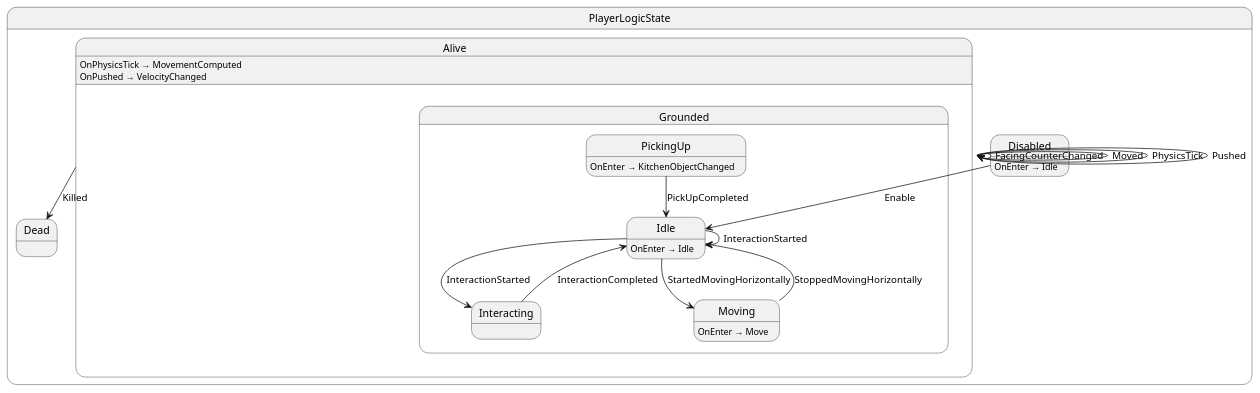
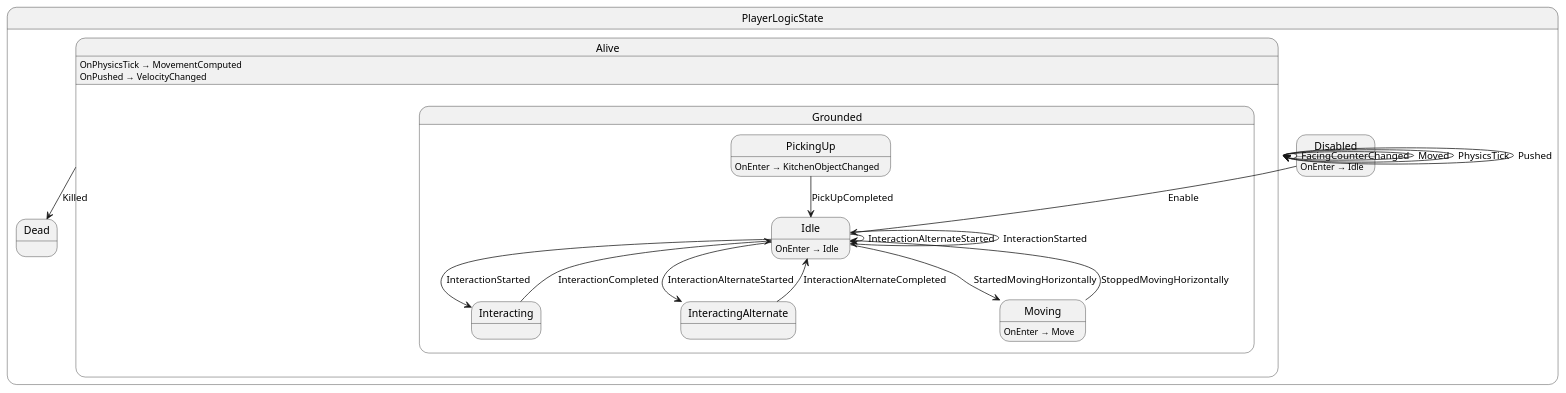
One commit to MaymeJetsoft/KitchenChaos changed the diagram in src/player/state/PlayerLogicState.g.puml. Above: the diagram before and after it, drawn with PlantUML. The commit also changed 77 other files, not shown here.

```diff
--- a/src/player/state/PlayerLogicState.g.puml
+++ b/src/player/state/PlayerLogicState.g.puml
@@ -1,34 +1,38 @@
 @startuml PlayerLogicState
 state "PlayerLogicState" as KitchenChaos_PlayerLogicState {
   state "Alive" as KitchenChaos_PlayerLogicState_Alive {
     state "Grounded" as KitchenChaos_PlayerLogicState_Grounded {
       state "Idle" as KitchenChaos_PlayerLogicState_Idle
       state "Interacting" as KitchenChaos_PlayerLogicState_Interacting
+      state "InteractingAlternate" as KitchenChaos_PlayerLogicState_InteractingAlternate
       state "Moving" as KitchenChaos_PlayerLogicState_Moving
       state "PickingUp" as KitchenChaos_PlayerLogicState_PickingUp
     }
   }
   state "Dead" as KitchenChaos_PlayerLogicState_Dead
   state "Disabled" as KitchenChaos_PlayerLogicState_Disabled
 }
 
 KitchenChaos_PlayerLogicState_Alive --> KitchenChaos_PlayerLogicState_Alive : FacingCounterChanged
 KitchenChaos_PlayerLogicState_Alive --> KitchenChaos_PlayerLogicState_Alive : Moved
 KitchenChaos_PlayerLogicState_Alive --> KitchenChaos_PlayerLogicState_Alive : PhysicsTick
 KitchenChaos_PlayerLogicState_Alive --> KitchenChaos_PlayerLogicState_Alive : Pushed
 KitchenChaos_PlayerLogicState_Alive --> KitchenChaos_PlayerLogicState_Dead : Killed
 KitchenChaos_PlayerLogicState_Disabled --> KitchenChaos_PlayerLogicState_Idle : Enable
+KitchenChaos_PlayerLogicState_Idle --> KitchenChaos_PlayerLogicState_Idle : InteractionAlternateStarted
 KitchenChaos_PlayerLogicState_Idle --> KitchenChaos_PlayerLogicState_Idle : InteractionStarted
 KitchenChaos_PlayerLogicState_Idle --> KitchenChaos_PlayerLogicState_Interacting : InteractionStarted
+KitchenChaos_PlayerLogicState_Idle --> KitchenChaos_PlayerLogicState_InteractingAlternate : InteractionAlternateStarted
 KitchenChaos_PlayerLogicState_Idle --> KitchenChaos_PlayerLogicState_Moving : StartedMovingHorizontally
 KitchenChaos_PlayerLogicState_Interacting --> KitchenChaos_PlayerLogicState_Idle : InteractionCompleted
+KitchenChaos_PlayerLogicState_InteractingAlternate --> KitchenChaos_PlayerLogicState_Idle : InteractionAlternateCompleted
 KitchenChaos_PlayerLogicState_Moving --> KitchenChaos_PlayerLogicState_Idle : StoppedMovingHorizontally
 KitchenChaos_PlayerLogicState_PickingUp --> KitchenChaos_PlayerLogicState_Idle : PickUpCompleted
 
 KitchenChaos_PlayerLogicState_Alive : OnPhysicsTick → MovementComputed
 KitchenChaos_PlayerLogicState_Alive : OnPushed → VelocityChanged
 KitchenChaos_PlayerLogicState_Disabled : OnEnter → Idle
 KitchenChaos_PlayerLogicState_Idle : OnEnter → Idle
 KitchenChaos_PlayerLogicState_Moving : OnEnter → Move
 KitchenChaos_PlayerLogicState_PickingUp : OnEnter → KitchenObjectChanged
 @enduml
```
